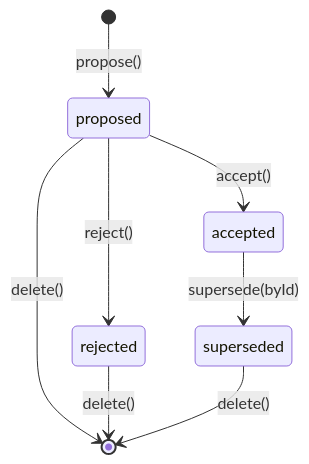
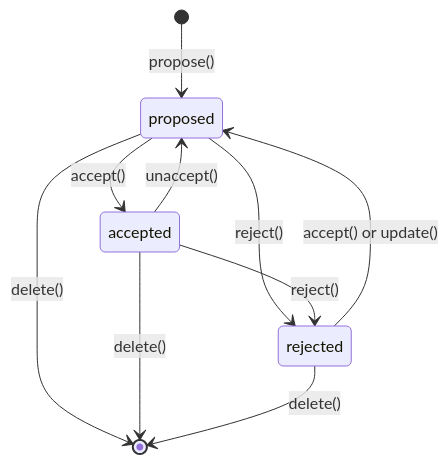
One commit to gccurtis/icarus changed the diagram in scratch/findings-design.md. Above: the diagram before and after it, drawn with Mermaid. The commit also changed other lines of this file, not shown here.

````diff
--- a/scratch/findings-design.md
+++ b/scratch/findings-design.md
@@ -547,10 +574,12 @@
 ```mermaid
 stateDiagram-v2
     [*] --> proposed: propose()
     proposed --> accepted: accept()
     proposed --> rejected: reject()
-    accepted --> superseded: supersede(byId)
+    accepted --> proposed: unaccept()
+    accepted --> rejected: reject()
+    rejected --> proposed: accept() or update()
     proposed --> [*]: delete()
+    accepted --> [*]: delete()
     rejected --> [*]: delete()
-    superseded --> [*]: delete()
 ```
````
